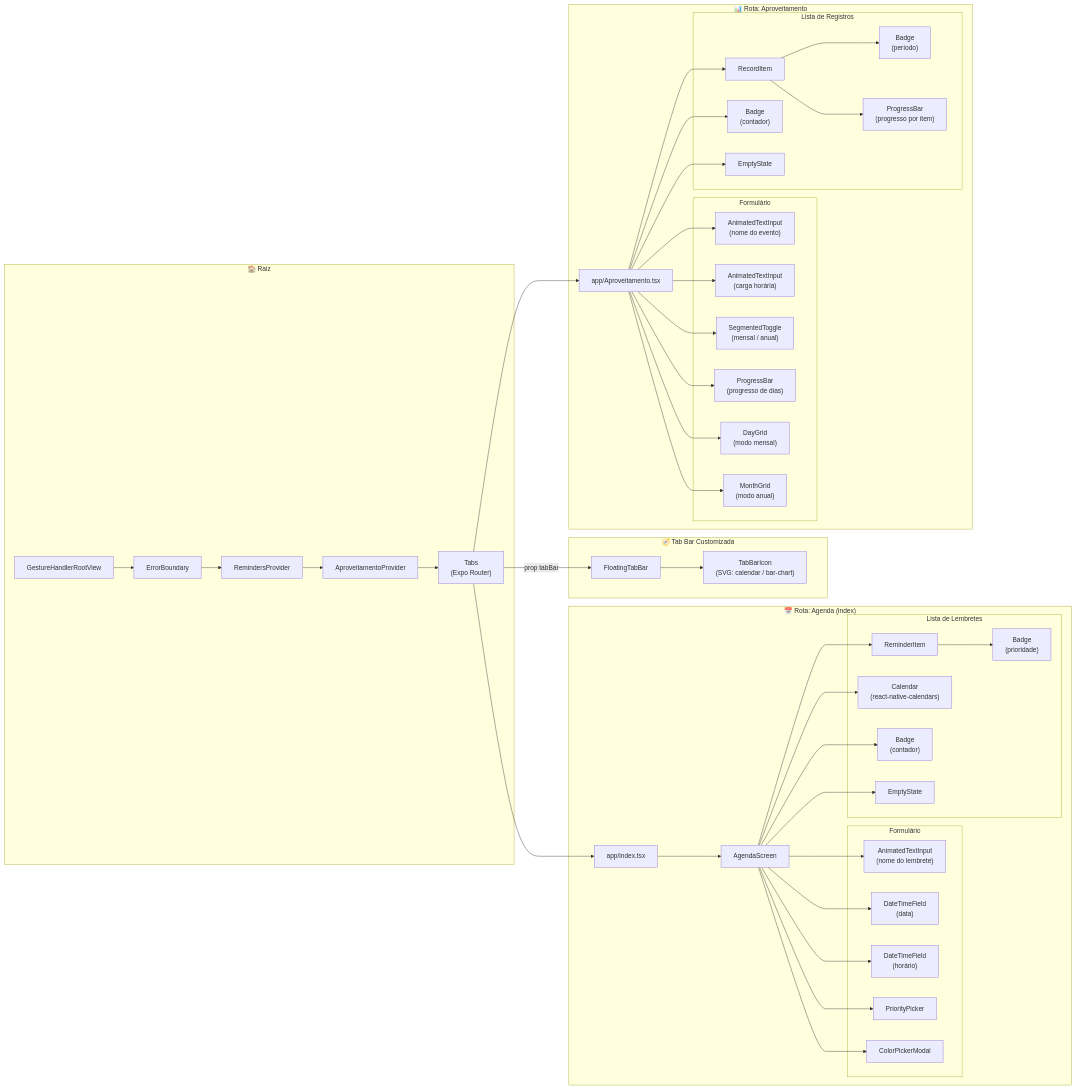
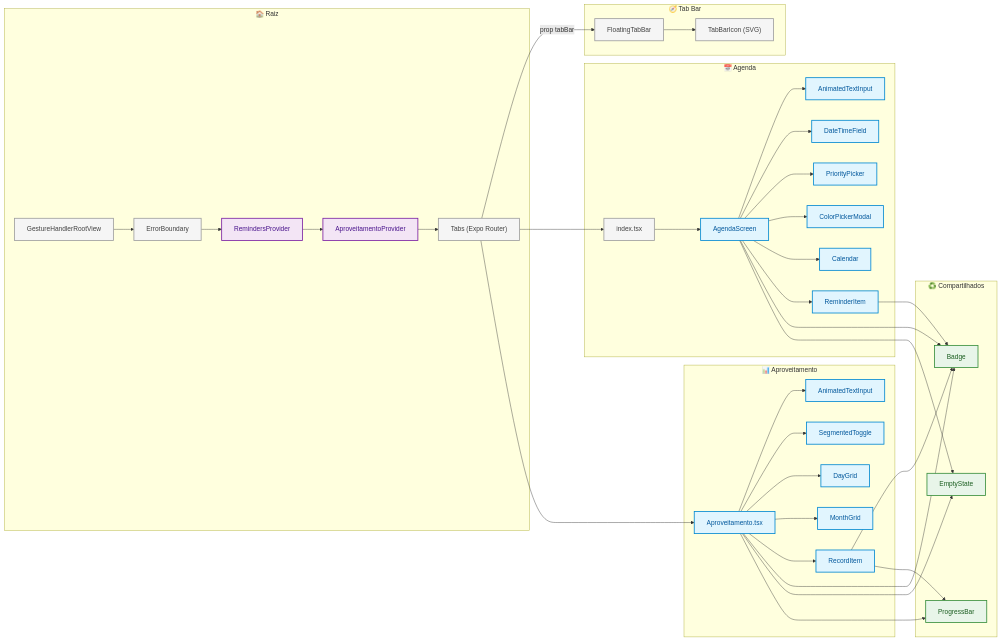
Before and after one commit to tavinholoco/repertorio-progressivo: the second of 8 diagrams in docs/architecture.md, drawn with Mermaid. The commit also changed other lines of this file and 1 other file, not shown here.

First line of the commit message:
docs: aplica boas práticas Mermaid nos 7 diagramas de arquitetura

````diff
--- a/docs/architecture.md
+++ b/docs/architecture.md
@@ -91,94 +122,96 @@
 ```mermaid
 graph LR
-    subgraph Root["🏠 Raiz"]
+    %% === ESTILOS ===
+    classDef provider fill:#f3e5f5,stroke:#7b1fa2,stroke-width:2px,color:#4a148c
+    classDef navigator fill:#f5f5f5,stroke:#9e9e9e,stroke-width:2px,color:#424242
+    classDef screen   fill:#e1f5fe,stroke:#0288d1,stroke-width:2px,color:#01579b
+    classDef shared   fill:#e8f5e9,stroke:#388e3c,stroke-width:2px,color:#1b5e20
+
+    %% === RAIZ ===
+    subgraph ROOT["🏠 Raiz"]
         GHRV["GestureHandlerRootView"]
         EB["ErrorBoundary"]
         RP["RemindersProvider"]
         AP["AproveitamentoProvider"]
-        TB["Tabs\n(Expo Router)"]
+        TB["Tabs (Expo Router)"]
     end
 
-    subgraph TabBar["🧭 Tab Bar Customizada"]
+    %% === TAB BAR ===
+    subgraph TABBAR["🧭 Tab Bar"]
         FTB["FloatingTabBar"]
-        TBI["TabBarIcon\n(SVG: calendar / bar-chart)"]
+        TBI["TabBarIcon (SVG)"]
     end
 
-    subgraph AgendaRoute["📅 Rota: Agenda (index)"]
-        IDX["app/index.tsx"]
+    %% === ROTA: AGENDA ===
+    subgraph AGENDA["📅 Agenda"]
+        IDX["index.tsx"]
         AGS["AgendaScreen"]
-
-        subgraph AgendaForm["Formulário"]
-            ATI1["AnimatedTextInput\n(nome do lembrete)"]
-            DTF1["DateTimeField\n(data)"]
-            DTF2["DateTimeField\n(horário)"]
-            PP["PriorityPicker"]
-            CPM["ColorPickerModal"]
-        end
-
-        subgraph AgendaList["Lista de Lembretes"]
-            RI["ReminderItem"]
-            BAD1["Badge\n(prioridade)"]
-            CAL["Calendar\n(react-native-calendars)"]
-            BADGE_COUNT1["Badge\n(contador)"]
-            ES1["EmptyState"]
-        end
+        ATI1["AnimatedTextInput"]
+        DTF["DateTimeField"]
+        PP["PriorityPicker"]
+        CPM["ColorPickerModal"]
+        CAL["Calendar"]
+        RI["ReminderItem"]
     end
 
-    subgraph AprovRoute["📊 Rota: Aproveitamento"]
-        APR["app/Aproveitamento.tsx"]
-
-        subgraph AprovForm["Formulário"]
-            ATI2["AnimatedTextInput\n(nome do evento)"]
-            ATI3["AnimatedTextInput\n(carga horária)"]
-            ST["SegmentedToggle\n(mensal / anual)"]
-            PB1["ProgressBar\n(progresso de dias)"]
-            DG["DayGrid\n(modo mensal)"]
-            MG["MonthGrid\n(modo anual)"]
-        end
-
-        subgraph AprovList["Lista de Registros"]
-            RECI["RecordItem"]
-            BAD2["Badge\n(período)"]
-            PB2["ProgressBar\n(progresso por item)"]
-            BADGE_COUNT2["Badge\n(contador)"]
-            ES2["EmptyState"]
-        end
+    %% === ROTA: APROVEITAMENTO ===
+    subgraph APROV["📊 Aproveitamento"]
+        APR["Aproveitamento.tsx"]
+        ATI2["AnimatedTextInput"]
+        ST_TOG["SegmentedToggle"]
+        DG["DayGrid"]
+        MG["MonthGrid"]
+        RECI["RecordItem"]
     end
 
-    %% Wrapping dos providers (ordem importa)
+    %% === COMPONENTES COMPARTILHADOS ===
+    subgraph SHARED["♻️ Compartilhados"]
+        BADGE["Badge"]
+        PB["ProgressBar"]
+        ES["EmptyState"]
+    end
+
+    %% === WRAPPING DOS PROVIDERS ===
     GHRV --> EB --> RP --> AP --> TB
 
-    %% Tab bar customizada
+    %% === TAB BAR ===
     TB -->|"prop tabBar"| FTB
     FTB --> TBI
 
-    %% Rotas
+    %% === ROTAS ===
     TB --> IDX
     TB --> APR
 
-    %% Agenda
+    %% === AGENDA ===
     IDX --> AGS
     AGS --> ATI1
-    AGS --> DTF1
-    AGS --> DTF2
+    AGS --> DTF
     AGS --> PP
     AGS --> CPM
     AGS --> CAL
     AGS --> RI
-    AGS --> BADGE_COUNT1
-    AGS --> ES1
-    RI --> BAD1
 
-    %% Aproveitamento
+    %% === APROVEITAMENTO ===
     APR --> ATI2
-    APR --> ATI3
-    APR --> ST
-    APR --> PB1
+    APR --> ST_TOG
     APR --> DG
     APR --> MG
     APR --> RECI
-    APR --> BADGE_COUNT2
-    APR --> ES2
-    RECI --> BAD2
-    RECI --> PB2
+
+    %% === COMPONENTES COMPARTILHADOS ===
+    AGS --> BADGE
+    AGS --> ES
+    APR --> BADGE
+    APR --> ES
+    APR --> PB
+    RI --> BADGE
+    RECI --> BADGE
+    RECI --> PB
+
+    %% === CLASSES ===
+    class RP,AP provider
+    class GHRV,EB,TB,FTB,TBI,IDX navigator
+    class AGS,APR screen
+    class ATI1,ATI2,DTF,PP,CPM,CAL,RI,ST_TOG,DG,MG,RECI screen
+    class BADGE,PB,ES shared
 ```
````
